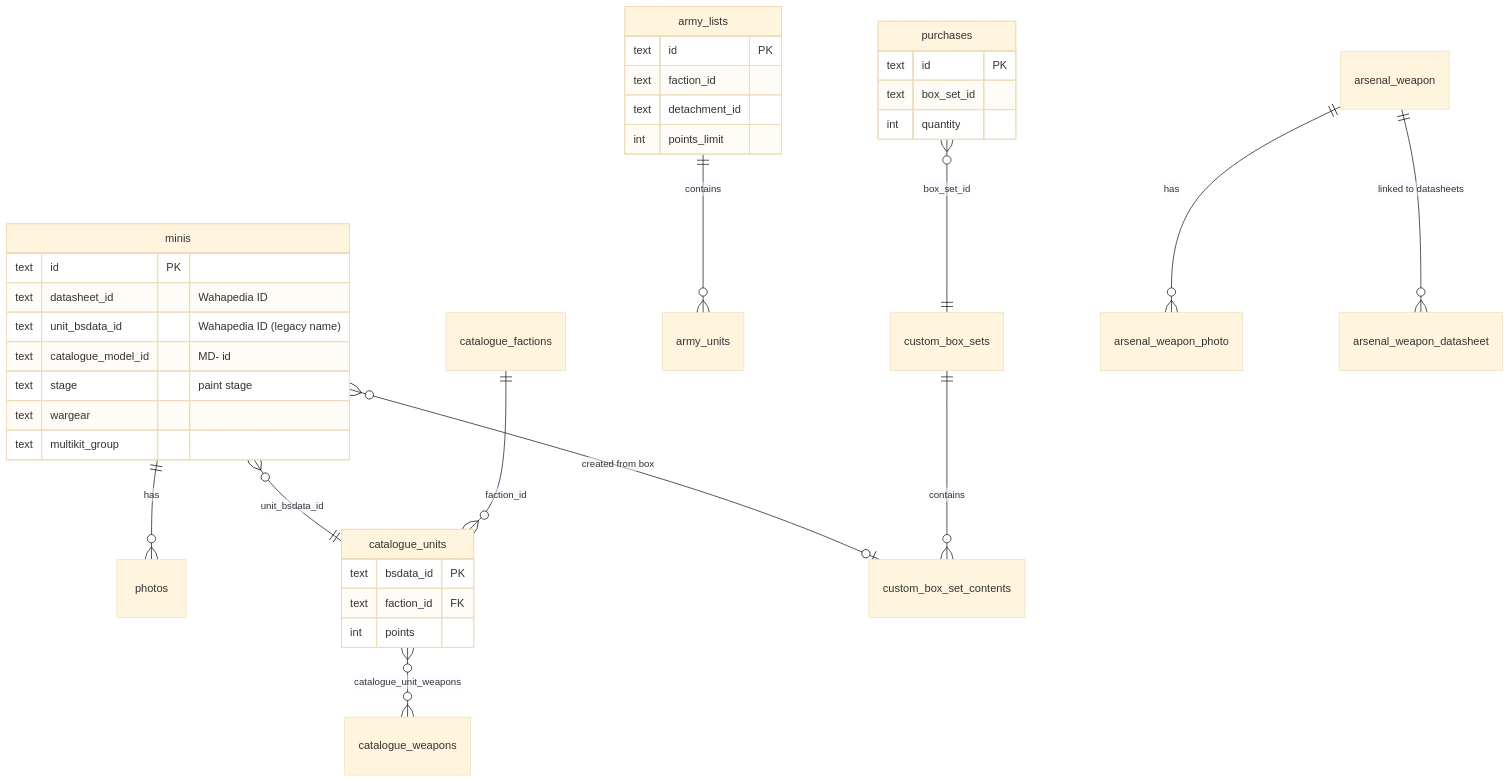
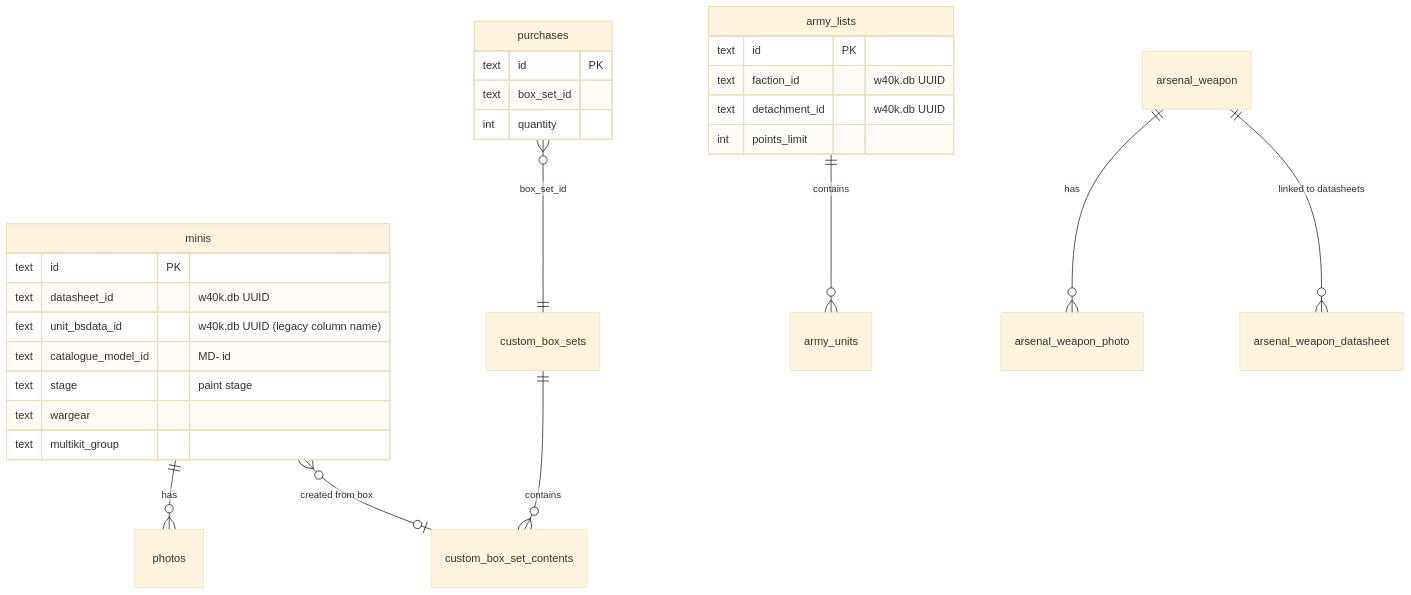
One commit to Unfunded8495/Codex-Armorum changed the seventh of 12 diagrams in CODEX_ARMORUM_APP_MAP.md. Above: the diagram before and after it, drawn with Mermaid (base theme). The commit also changed other lines of this file and 44 other files, not shown here.

````diff
--- a/CODEX_ARMORUM_APP_MAP.md
+++ b/CODEX_ARMORUM_APP_MAP.md
@@ -365,39 +359,31 @@
 ```mermaid
 erDiagram
     minis ||--o{ photos : "has"
-    minis }o--|| catalogue_units : "unit_bsdata_id"
     minis }o--o| custom_box_set_contents : "created from box"
     purchases }o--|| custom_box_sets : "box_set_id"
     custom_box_sets ||--o{ custom_box_set_contents : "contains"
     army_lists ||--o{ army_units : "contains"
-    catalogue_factions ||--o{ catalogue_units : "faction_id"
-    catalogue_units }o--o{ catalogue_weapons : "catalogue_unit_weapons"
     arsenal_weapon ||--o{ arsenal_weapon_photo : "has"
     arsenal_weapon ||--o{ arsenal_weapon_datasheet : "linked to datasheets"
 
     minis {
         text id PK
-        text datasheet_id "Wahapedia ID"
-        text unit_bsdata_id "Wahapedia ID (legacy name)"
+        text datasheet_id "w40k.db UUID"
+        text unit_bsdata_id "w40k.db UUID (legacy column name)"
         text catalogue_model_id "MD- id"
         text stage "paint stage"
         text wargear
         text multikit_group
     }
     purchases {
         text id PK
         text box_set_id
         int quantity
     }
     army_lists {
         text id PK
-        text faction_id
-        text detachment_id
+        text faction_id "w40k.db UUID"
+        text detachment_id "w40k.db UUID"
         int points_limit
     }
-    catalogue_units {
-        text bsdata_id PK
-        text faction_id FK
-        int points
-    }
 ```
````
